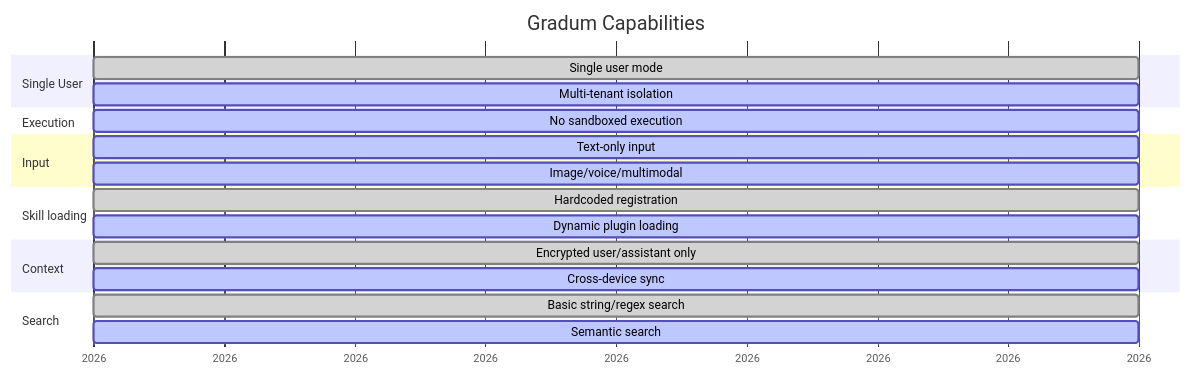
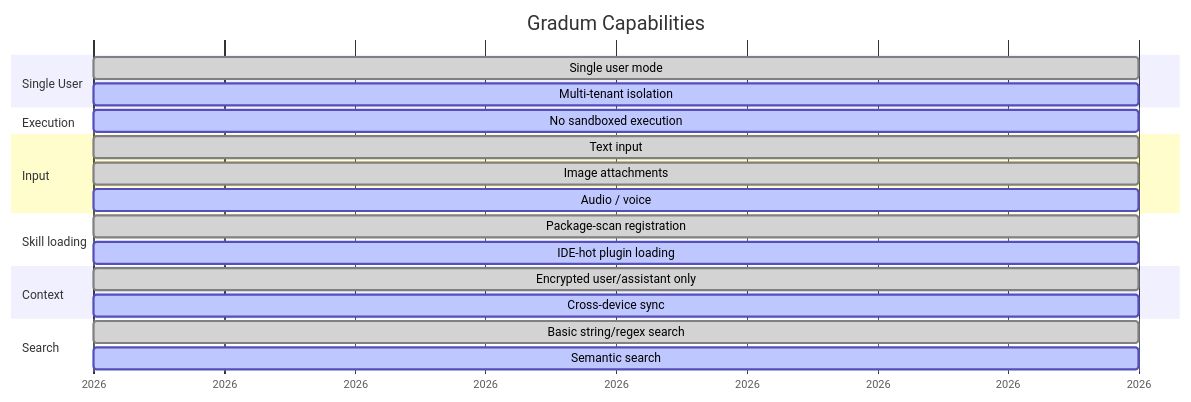
Diagram 26 of 29 in docs/ARCHITECTURE.md (lg841226/Gradum), drawn with Mermaid before and after one commit. The commit also changed other lines of this file and 5 other files, not shown here.

Commit message:
docs: sync ARCHITECTURE.md with framework refactor and polish skill/plugin code

````diff
--- a/docs/ARCHITECTURE.md
+++ b/docs/ARCHITECTURE.md
@@ -1477,23 +1634,24 @@
 ```mermaid
 gantt
     title Gradum Capabilities
     dateFormat YYYY
     axisFormat %Y
     section Single User
         Single user mode: done, 2026-01-01, 1d
         Multi-tenant isolation: active, 2026-01-01, 1d
     section Execution
         No sandboxed execution: active, 2026-01-01, 1d
     section Input
-        Text-only input: active, 2026-01-01, 1d
-        Image/voice/multimodal: active, 2026-01-01, 1d
+        Text input: done, 2026-01-01, 1d
+        Image attachments: done, 2026-01-01, 1d
+        Audio / voice: active, 2026-01-01, 1d
     section Skill loading
-        Hardcoded registration: done, 2026-01-01, 1d
-        Dynamic plugin loading: active, 2026-01-01, 1d
+        Package-scan registration: done, 2026-01-01, 1d
+        IDE-hot plugin loading: active, 2026-01-01, 1d
     section Context
         Encrypted user/assistant only: done, 2026-01-01, 1d
         Cross-device sync: active, 2026-01-01, 1d
     section Search
         Basic string/regex search: done, 2026-01-01, 1d
         Semantic search: active, 2026-01-01, 1d
 ```
````
